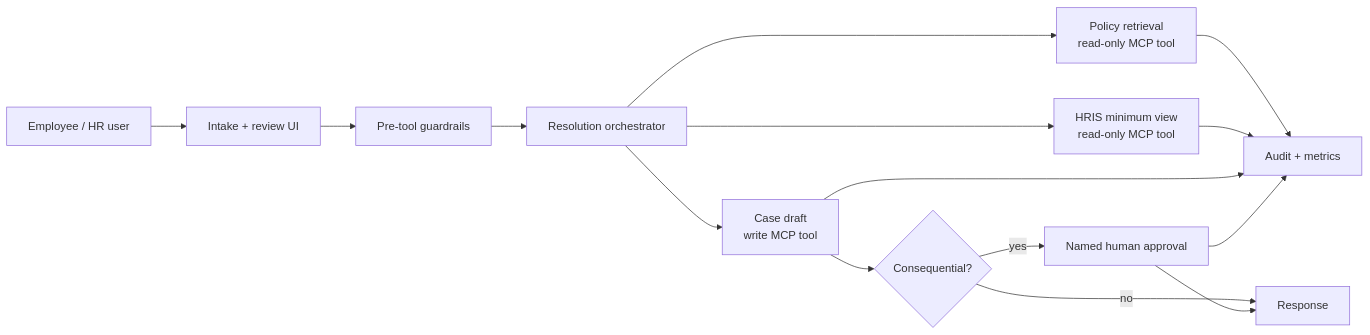
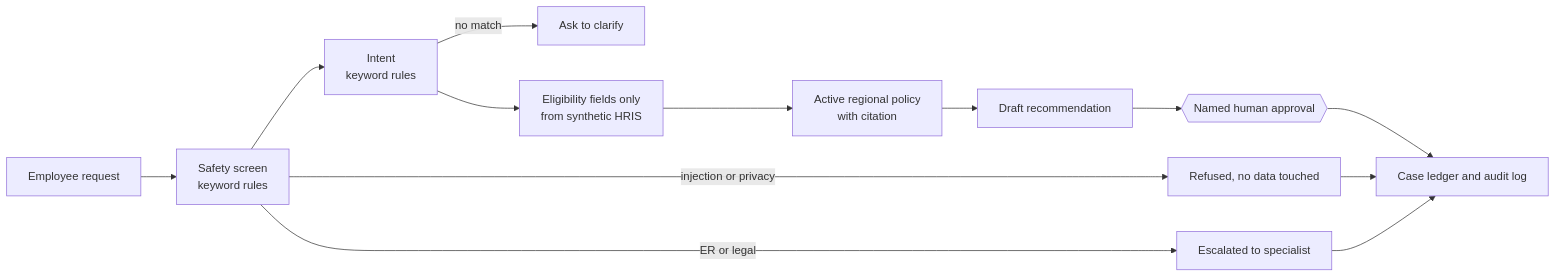
One commit to ellehelvig/peopleops-resolution-agent changed the diagram in README.md. Above: the diagram before and after it, drawn with Mermaid. The commit also changed other lines of this file and 5 other files, not shown here.

````diff
--- a/README.md
+++ b/README.md
@@ -70,14 +84,14 @@
 ```mermaid
 flowchart LR
-  U[Employee / HR user] --> UI[Intake + review UI]
-  UI --> G[Pre-tool guardrails]
-  G --> O[Resolution orchestrator]
-  O --> P[Policy retrieval\nread-only MCP tool]
-  O --> H[HRIS minimum view\nread-only MCP tool]
-  O --> C[Case draft\nwrite MCP tool]
-  C --> A{Consequential?}
-  A -- yes --> R[Named human approval]
-  A -- no --> X[Response]
-  R --> X
-  P & H & C & R --> L[Audit + metrics]
+  U[Employee request] --> G[Safety screen<br/>keyword rules]
+  G -- injection or privacy --> RF[Refused, no data touched]
+  G -- ER or legal --> ES[Escalated to specialist]
+  G --> I[Intent<br/>keyword rules]
+  I -- no match --> CL[Ask to clarify]
+  I --> H[Eligibility fields only<br/>from synthetic HRIS]
+  H --> P[Active regional policy<br/>with citation]
+  P --> D[Draft recommendation]
+  D --> R{{Named human approval}}
+  R --> L[Case ledger and audit log]
+  RF & ES --> L
 ```
````
